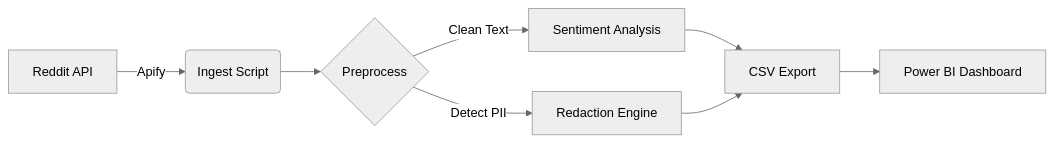
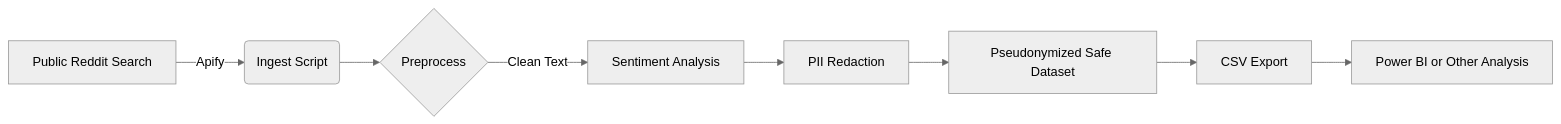
One commit to Rafia-Research/rural-residency-sentiment-analyzer changed the diagram in README.md. Above: the diagram before and after it, drawn with Mermaid (neutral theme). The commit also changed other lines of this file and 17 other files, not shown here.

````diff
--- a/README.md
+++ b/README.md
@@ -33,10 +33,10 @@
 ```mermaid
 graph LR
-    A[Reddit API] -->|Apify| B(Ingest Script)
+    A[Public Reddit Search] -->|Apify| B(Ingest Script)
     B --> C{Preprocess}
     C -->|Clean Text| D[Sentiment Analysis]
-    C -->|Detect PII| E[Redaction Engine]
-    D --> F[CSV Export]
-    E --> F
-    F --> G[Power BI Dashboard]
+    D --> E[PII Redaction]
+    E --> F[Pseudonymized Safe Dataset]
+    F --> G[CSV Export]
+    G --> H[Power BI or Other Analysis]
 ```
````
